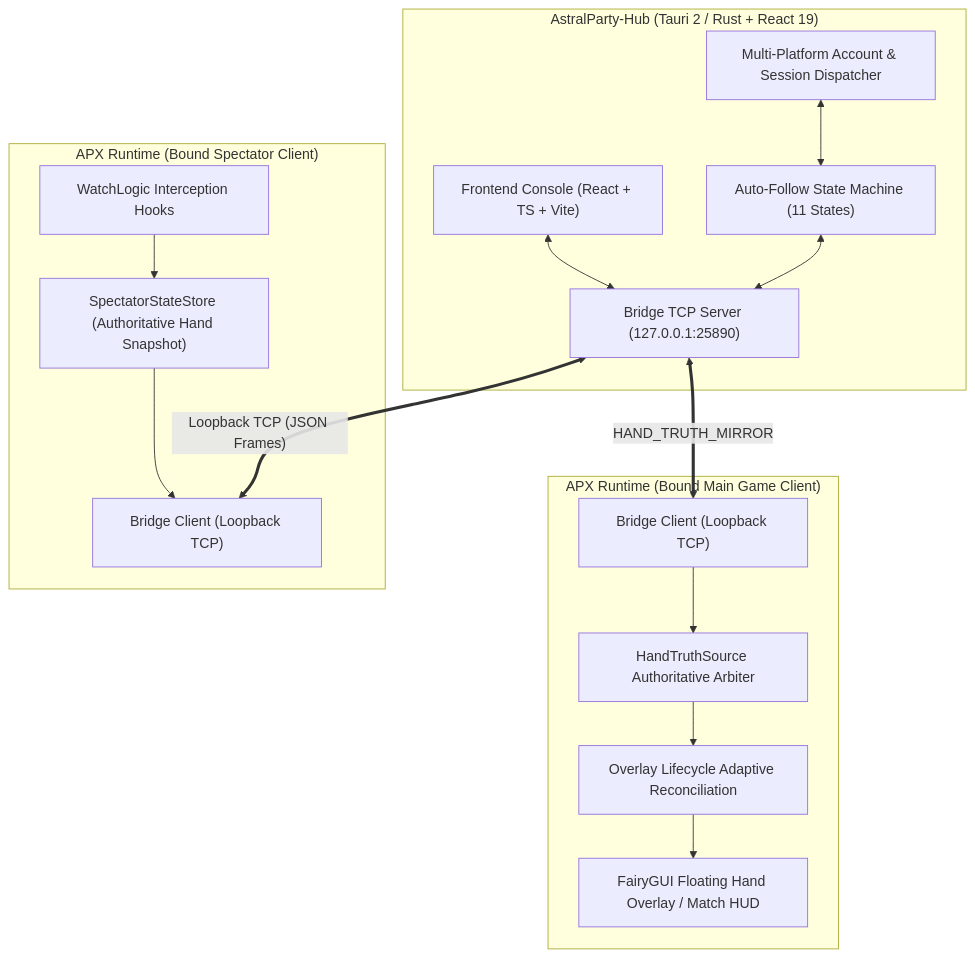
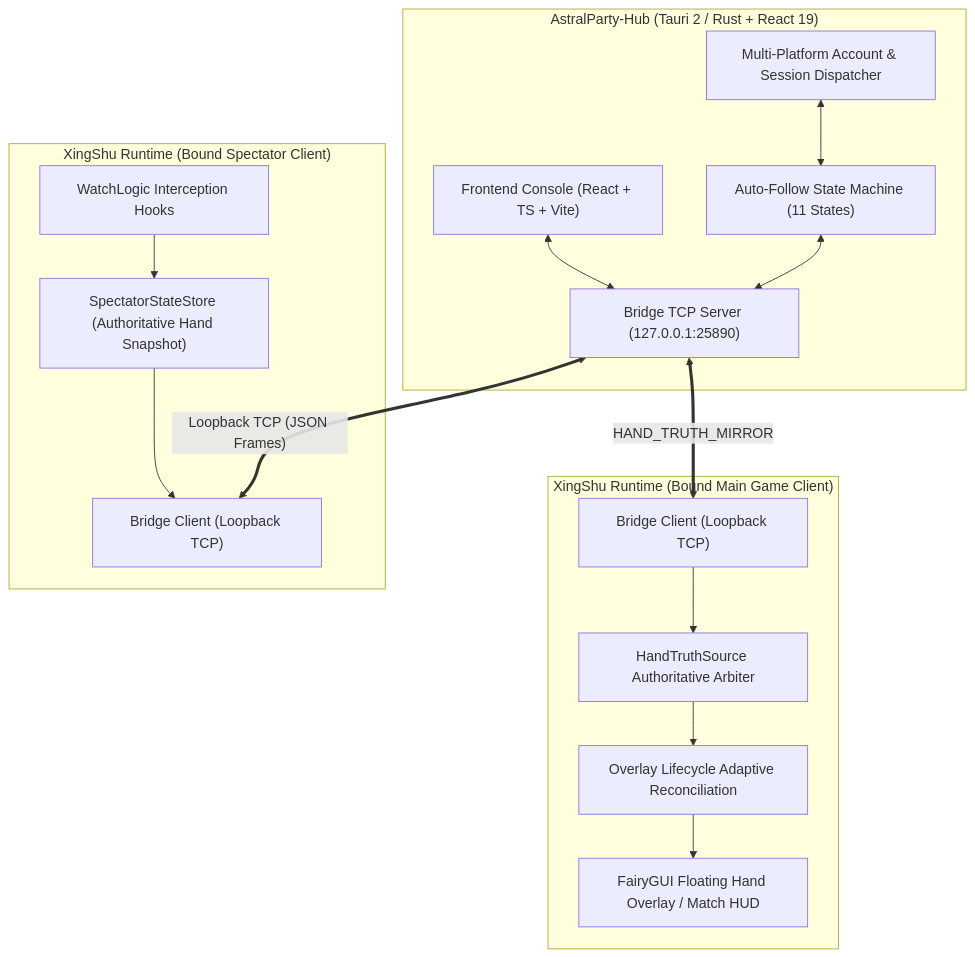
Before and after one commit to Breezecaresses/Xingshu-hub: the diagram in README.md, drawn with Mermaid. The commit also changed other lines of this file and 455 other files, not shown here.

Commit message:
Add movement statistics and Android installer; unify XingShu naming

````diff
--- a/README.md
+++ b/README.md
@@ -69,33 +69,33 @@
 ```mermaid
 flowchart TD
     subgraph Hub["AstralParty-Hub (Tauri 2 / Rust + React 19)"]
         UI["Frontend Console (React + TS + Vite)"]
         FSM["Auto-Follow State Machine (11 States)"]
         TCPServer["Bridge TCP Server (127.0.0.1:25890)"]
         AccountMgr["Multi-Platform Account & Session Dispatcher"]
         UI <--> TCPServer
         FSM <--> TCPServer
         AccountMgr <--> FSM
     end
 
-    subgraph RuntimeSpectator["APX Runtime (Bound Spectator Client)"]
+    subgraph RuntimeSpectator["XingShu Runtime (Bound Spectator Client)"]
         SpecHook["WatchLogic Interception Hooks"]
         SpecStore["SpectatorStateStore (Authoritative Hand Snapshot)"]
         SpecBridge["Bridge Client (Loopback TCP)"]
         SpecHook --> SpecStore
         SpecStore --> SpecBridge
     end
 
-    subgraph RuntimeMain["APX Runtime (Bound Main Game Client)"]
+    subgraph RuntimeMain["XingShu Runtime (Bound Main Game Client)"]
         MainBridge["Bridge Client (Loopback TCP)"]
         TruthSource["HandTruthSource Authoritative Arbiter"]
         Reconcile["Overlay Lifecycle Adaptive Reconciliation"]
         FairyGUI["FairyGUI Floating Hand Overlay / Match HUD"]
         MainBridge --> TruthSource
         TruthSource --> Reconcile
         Reconcile --> FairyGUI
     end
 
     TCPServer <== "Loopback TCP (JSON Frames)" ==> SpecBridge
     TCPServer <== "HAND_TRUTH_MIRROR" ==> MainBridge
 ```
````
